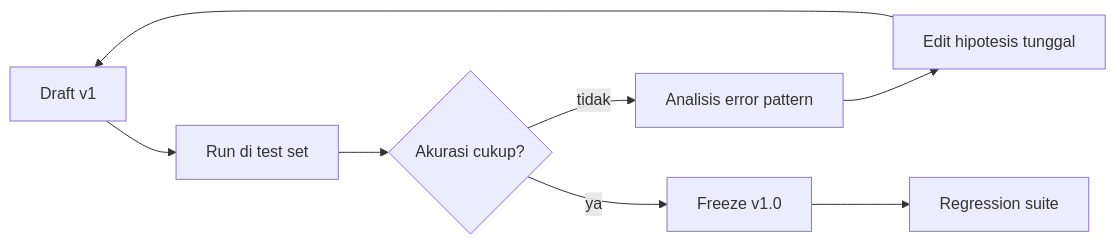
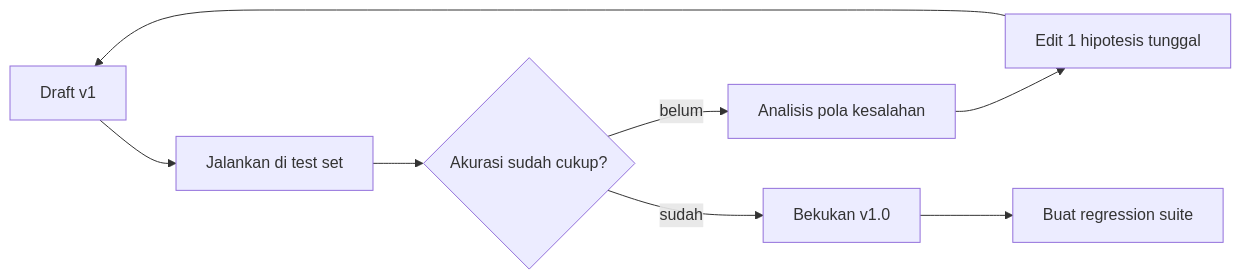
The diagram in Day-1-Prompt-Engineering/Module-04-Structured-Output-Optimization/materi.md (githubna-ilham/AI_Claude), drawn with Mermaid before and after one commit. The commit also changed other lines of this file, not shown here.

````diff
--- a/Day-1-Prompt-Engineering/Module-04-Structured-Output-Optimization/materi.md
+++ b/Day-1-Prompt-Engineering/Module-04-Structured-Output-Optimization/materi.md
@@ -140,10 +148,10 @@
 ```mermaid
 flowchart LR
-    A[Draft v1] --> B[Run di test set]
-    B --> C{Akurasi cukup?}
-    C -->|tidak| D[Analisis error pattern]
-    D --> E[Edit hipotesis tunggal]
+    A[Draft v1] --> B[Jalankan di test set]
+    B --> C{Akurasi sudah cukup?}
+    C -->|belum| D[Analisis pola kesalahan]
+    D --> E[Edit 1 hipotesis tunggal]
     E --> A
-    C -->|ya| F[Freeze v1.0]
-    F --> G[Regression suite]
+    C -->|sudah| F[Bekukan v1.0]
+    F --> G[Buat regression suite]
 ```
````
